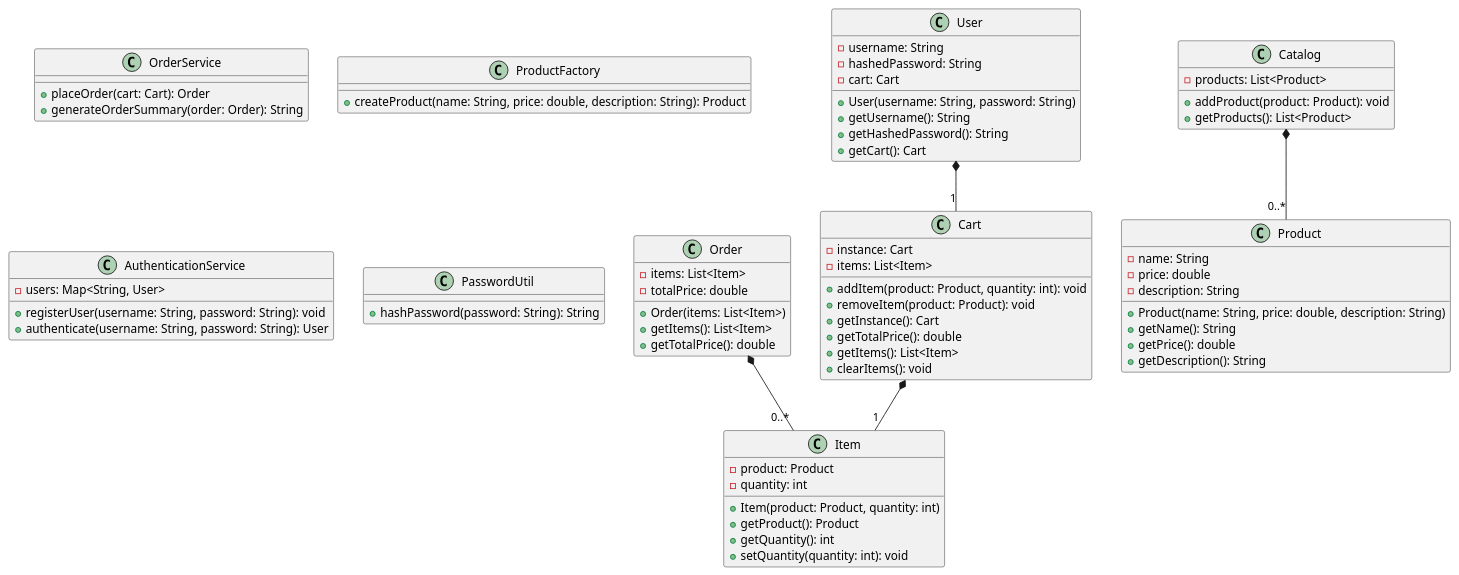
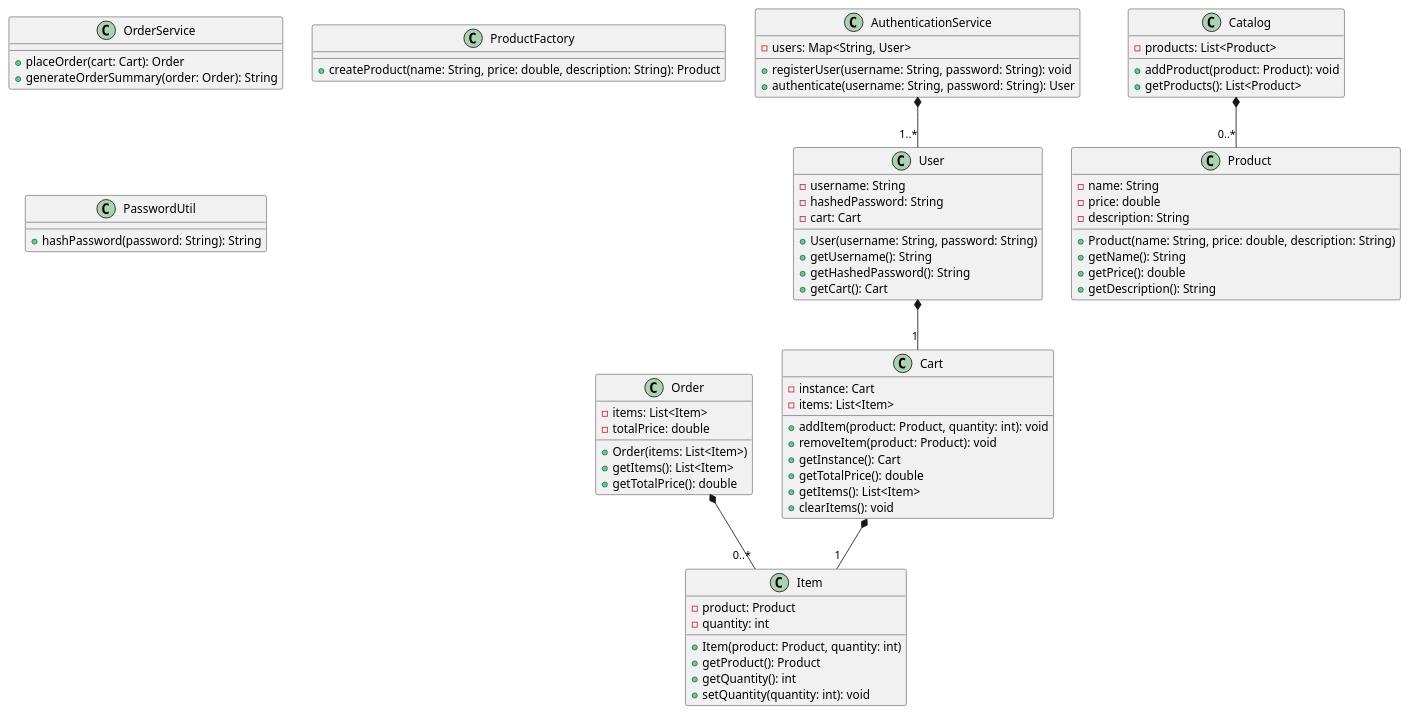
The diagram in plantuml.puml (mplaczek99/SE450-Final), drawn with PlantUML before and after one commit. The commit also changed other lines of this file and 1 other file, not shown here.

Commit message:
Updated plantuml files

```diff
--- a/plantuml.puml
+++ b/plantuml.puml
@@ -1,81 +1,82 @@
 @startuml
 
 class Cart {
   -instance: Cart
   -items: List<Item>
   +addItem(product: Product, quantity: int): void
   +removeItem(product: Product): void
   +getInstance(): Cart
   +getTotalPrice(): double
   +getItems(): List<Item>
   +clearItems(): void
 }
 
 class Catalog {
   -products: List<Product>
   +addProduct(product: Product): void
   +getProducts(): List<Product>
 }
 
 class Item {
   -product: Product
   -quantity: int
   +Item(product: Product, quantity: int)
   +getProduct(): Product
   +getQuantity(): int
   +setQuantity(quantity: int): void
 }
 
 class Order {
   -items: List<Item>
   -totalPrice: double
   +Order(items: List<Item>)
   +getItems(): List<Item>
   +getTotalPrice(): double
 }
 
 class OrderService {
   +placeOrder(cart: Cart): Order
   +generateOrderSummary(order: Order): String
 }
 
 class Product {
   -name: String
   -price: double
   -description: String
   +Product(name: String, price: double, description: String)
   +getName(): String
   +getPrice(): double
   +getDescription(): String
 }
 
 class ProductFactory {
   +createProduct(name: String, price: double, description: String): Product
 }
 
 class User {
   -username: String
   -hashedPassword: String
   -cart: Cart
   +User(username: String, password: String)
   +getUsername(): String
   +getHashedPassword(): String
   +getCart(): Cart
 }
 
 class AuthenticationService {
   -users: Map<String, User>
   +registerUser(username: String, password: String): void
   +authenticate(username: String, password: String): User
 }
 
 class PasswordUtil {
   +hashPassword(password: String): String
 }
 
 Cart *-- "1" Item
 Catalog *-- "0..*" Product
 Order *-- "0..*" Item
 User *-- "1" Cart
+AuthenticationService *-- "1..*" User
 
 @enduml
```
